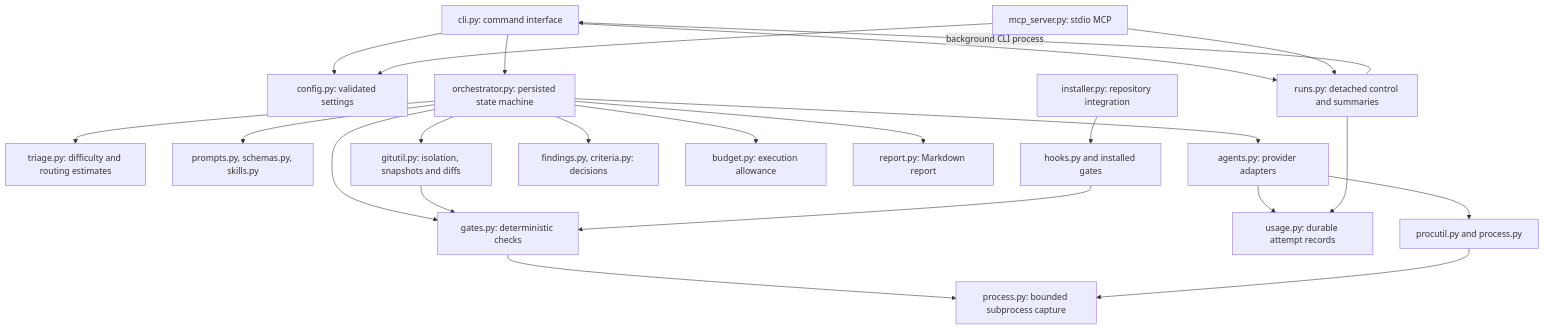
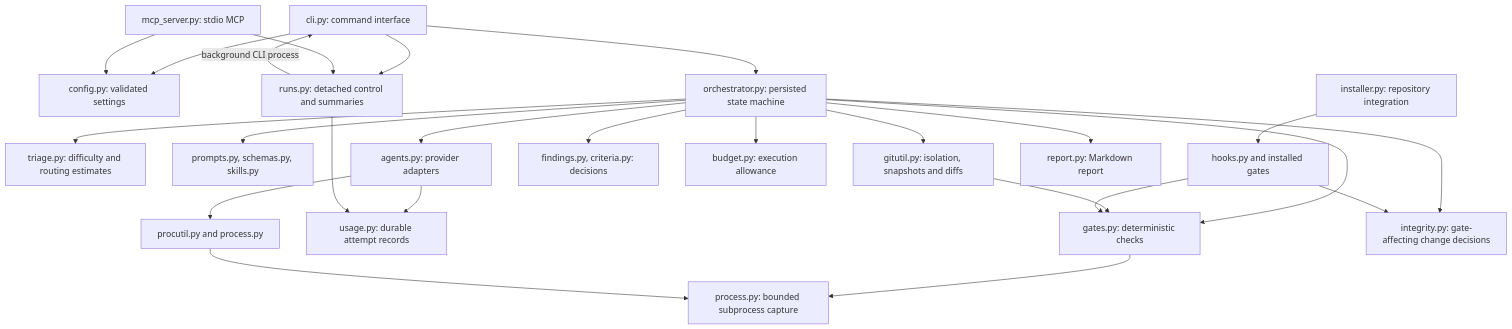
Before and after one commit to rtmachines/rustflow-claude-code: the first of 2 diagrams in rustflow/docs/architecture.md, drawn with Mermaid. The commit also changed other lines of this file and 3 other files, not shown here.

Commit message:
docs: gate integrity, gate_changes_pending and limitations

````diff
--- a/rustflow/docs/architecture.md
+++ b/rustflow/docs/architecture.md
@@ -11,25 +11,27 @@
 ```mermaid
 flowchart TD
     CLI[cli.py: command interface] --> CFG[config.py: validated settings]
     MCP[mcp_server.py: stdio MCP] --> CFG
     CLI --> RUNS[runs.py: detached control and summaries]
     MCP --> RUNS
     CLI --> ORCH[orchestrator.py: persisted state machine]
     RUNS -->|background CLI process| CLI
     ORCH --> TRIAGE[triage.py: difficulty and routing estimates]
     ORCH --> PROMPTS[prompts.py, schemas.py, skills.py]
     ORCH --> AGENTS[agents.py: provider adapters]
     ORCH --> GATES[gates.py: deterministic checks]
     ORCH --> GIT[gitutil.py: isolation, snapshots and diffs]
     ORCH --> FINDINGS[findings.py, criteria.py: decisions]
     ORCH --> BUDGET[budget.py: execution allowance]
     AGENTS --> USAGE[usage.py: durable attempt records]
     AGENTS --> PROC[procutil.py and process.py]
     GATES --> PROCESS[process.py: bounded subprocess capture]
+    ORCH --> INTEGRITY[integrity.py: gate-affecting change decisions]
+    HOOKS --> INTEGRITY
     GIT --> GATES
     PROC --> PROCESS
     ORCH --> REPORT[report.py: Markdown report]
     RUNS --> USAGE
     INSTALL[installer.py: repository integration] --> HOOKS[hooks.py and installed gates]
     HOOKS --> GATES
 ```
````
